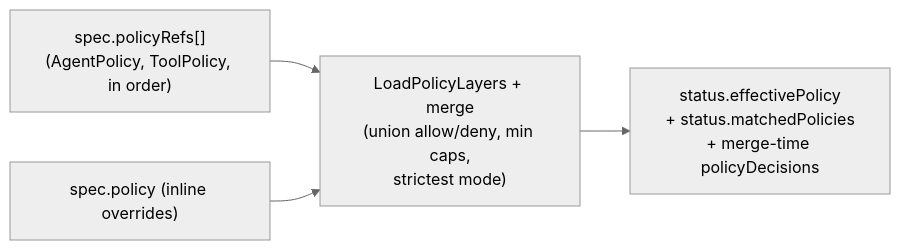
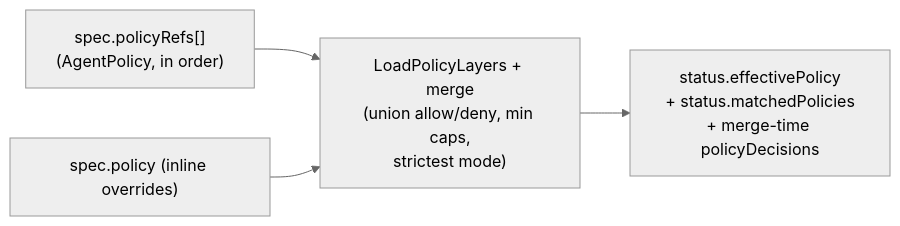
One commit to grantbarry29/Scrutineer changed the sixth of 7 diagrams in docs/design/architecture.md. Above: the diagram before and after it, drawn with Mermaid (neutral theme). The commit also changed other lines of this file and 41 other files, not shown here.

````diff
--- a/docs/design/architecture.md
+++ b/docs/design/architecture.md
@@ -230,6 +221,6 @@
 ```mermaid
 flowchart LR
-    refs["spec.policyRefs[]\n(AgentPolicy, ToolPolicy, in order)"] --> merge
+    refs["spec.policyRefs[]\n(AgentPolicy, in order)"] --> merge
     inline["spec.policy (inline overrides)"] --> merge
     merge["LoadPolicyLayers + merge\n(union allow/deny, min caps,\nstrictest mode)"] --> eff["status.effectivePolicy\n+ status.matchedPolicies\n+ merge-time policyDecisions"]
 ```
````
